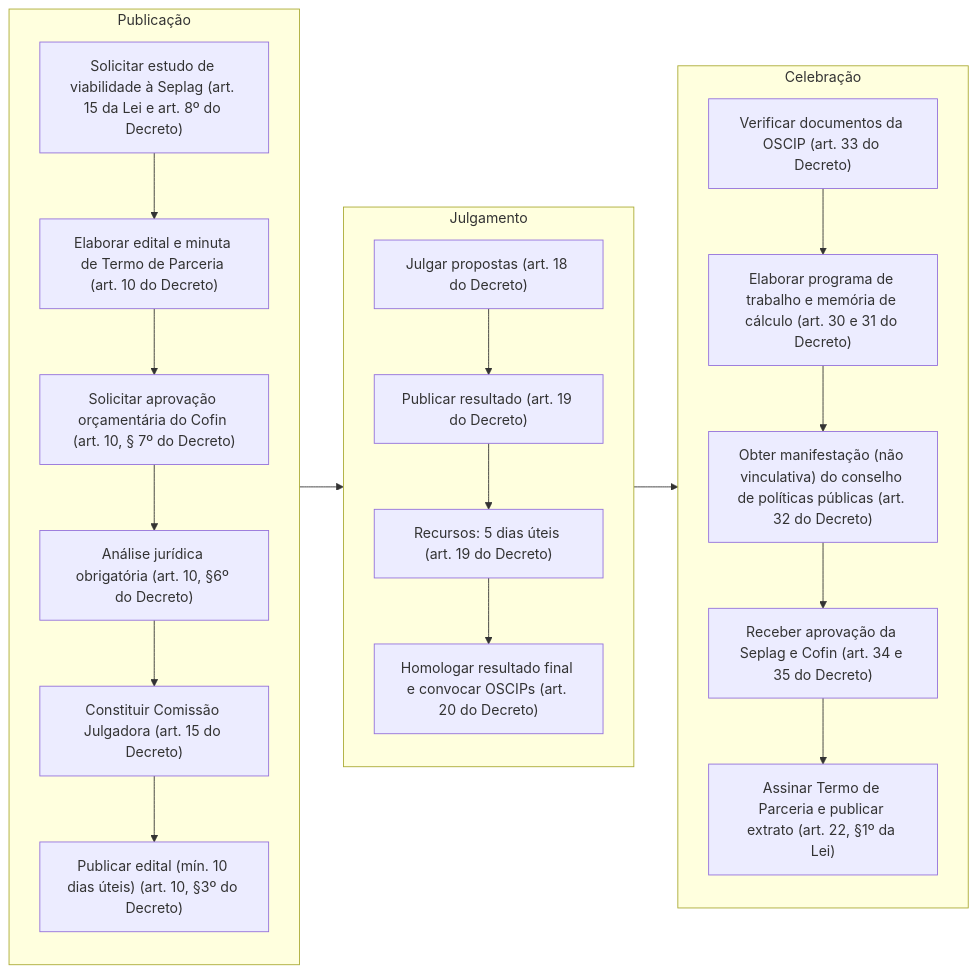
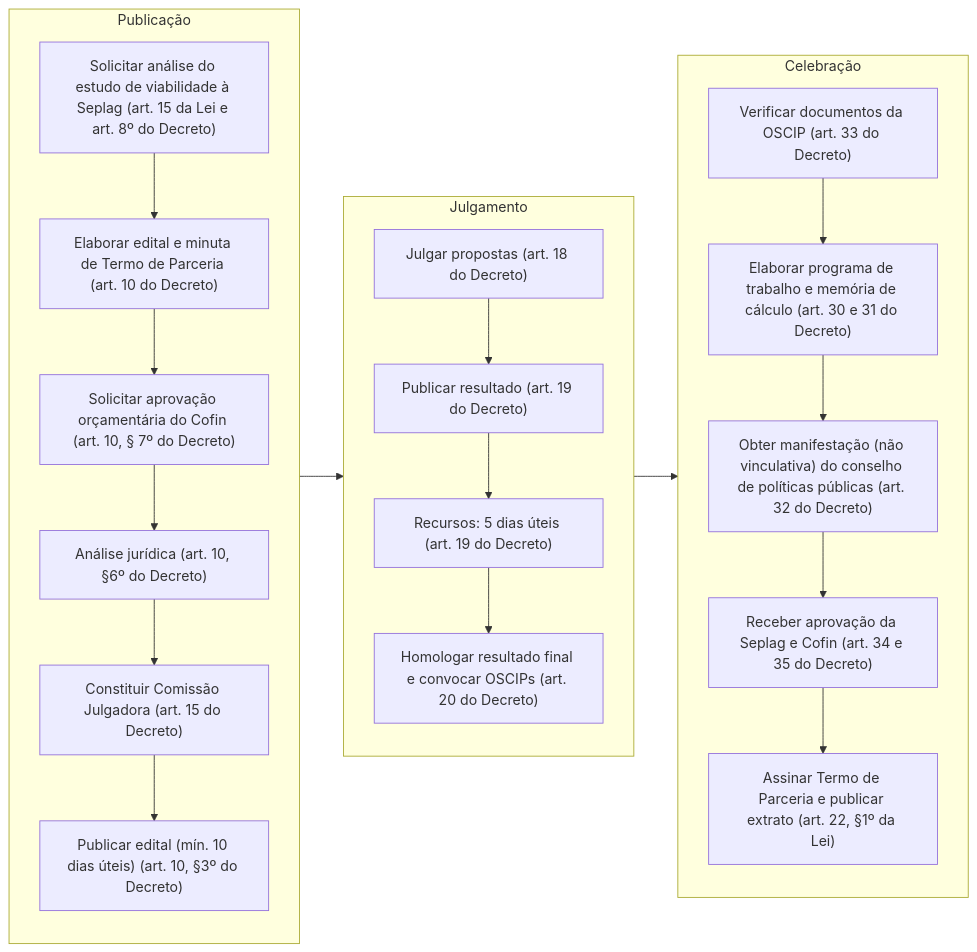
The first of 3 diagrams in paginas/marcos_regulatorios/descentralizacao/OSCIP/README.md (iepha-mg/manual.appi), drawn with Mermaid before and after one commit.

```diff
--- a/paginas/marcos_regulatorios/descentralizacao/OSCIP/README.md
+++ b/paginas/marcos_regulatorios/descentralizacao/OSCIP/README.md
@@ -58,28 +58,28 @@
 <div class="mermaid">
 flowchart LR
     subgraph Publicacao["Publicação"]
-        A1["Solicitar estudo de viabilidade à Seplag (art. 15 da Lei e art. 8º do Decreto)"]
+        A1["Solicitar análise do estudo de viabilidade à Seplag (art. 15 da Lei e art. 8º do Decreto)"]
         A2["Elaborar edital e minuta de Termo de Parceria (art. 10 do Decreto)"]
         A3["Solicitar aprovação orçamentária do Cofin (art. 10, § 7º do Decreto)"]
-        A4["Análise jurídica obrigatória (art. 10, §6º do Decreto)"]
+        A4["Análise jurídica (art. 10, §6º do Decreto)"]
         A5["Constituir Comissão Julgadora (art. 15 do Decreto)"]
         A6["Publicar edital (mín. 10 dias úteis) (art. 10, §3º do Decreto)"]
         A1 --> A2 --> A3 --> A4 --> A5 --> A6
     end
     subgraph Julgamento
         B1["Julgar propostas (art. 18 do Decreto)"]
         B2["Publicar resultado (art. 19 do Decreto)"]
         B3["Recursos: 5 dias úteis (art. 19 do Decreto)"]
         B4["Homologar resultado final e convocar OSCIPs (art. 20 do Decreto)"]
         B1 --> B2 --> B3 --> B4
     end
     subgraph Celebracao["Celebração"]
         C1["Verificar documentos da OSCIP (art. 33 do Decreto)"]
         C2["Elaborar programa de trabalho e memória de cálculo (art. 30 e 31 do Decreto)"]
         C3["Obter manifestação (não vinculativa) do conselho de políticas públicas (art. 32 do Decreto)"]
         C4["Receber aprovação da Seplag e Cofin (art. 34 e 35 do Decreto)"]
         C5["Assinar Termo de Parceria e publicar extrato (art. 22, §1º da Lei)"]
         C1 --> C2 --> C3 --> C4 --> C5
     end
     Publicacao --> Julgamento --> Celebracao
 </div>
```
